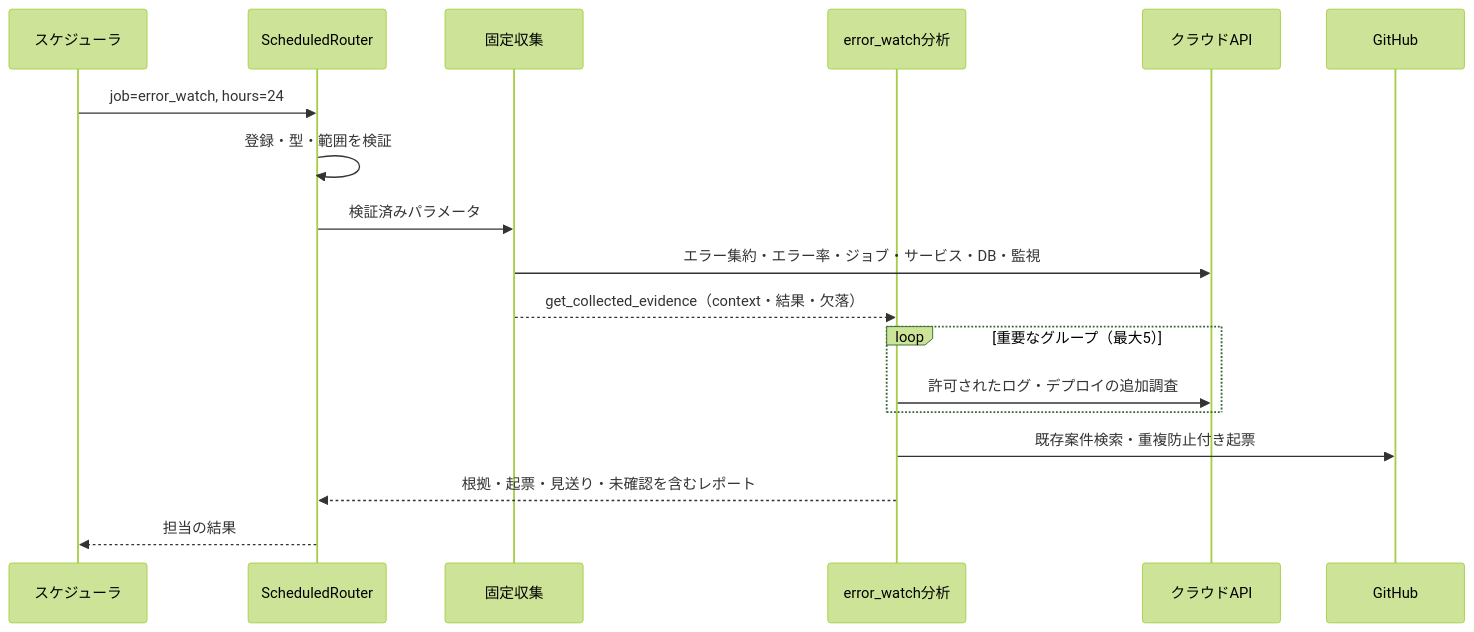
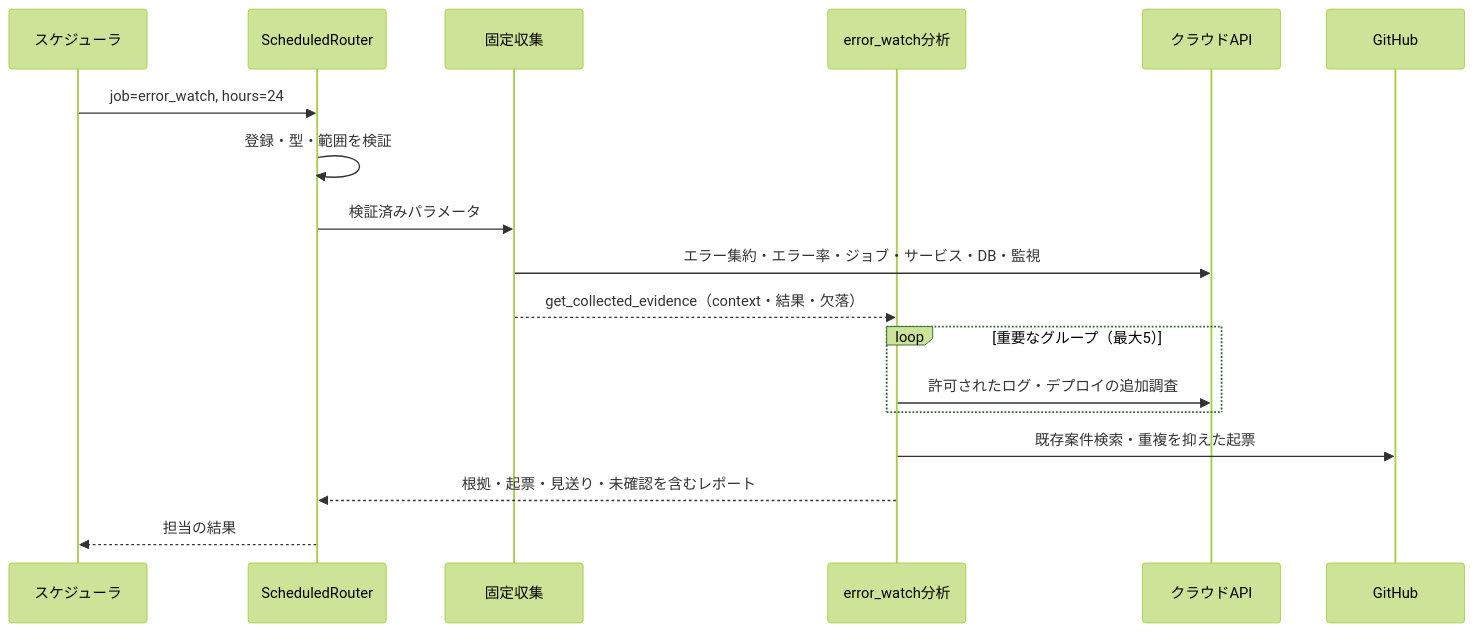
The third of 4 diagrams in docs/architecture.md (atsuki-sakai/cloud-ops-team), drawn with Mermaid (forest theme) before and after one commit. The commit also changed other lines of this file and 17 other files, not shown here.

````diff
--- a/docs/architecture.md
+++ b/docs/architecture.md
@@ -245,20 +251,20 @@
 ```mermaid
 sequenceDiagram
     participant S as スケジューラ
     participant R as ScheduledRouter
     participant W as 固定収集
     participant E as error_watch分析
     participant C as クラウドAPI
     participant G as GitHub
     S->>R: job=error_watch, hours=24
     R->>R: 登録・型・範囲を検証
     R->>W: 検証済みパラメータ
     W->>C: エラー集約・エラー率・ジョブ・サービス・DB・監視
     W-->>E: get_collected_evidence（context・結果・欠落）
     loop 重要なグループ（最大5）
         E->>C: 許可されたログ・デプロイの追加調査
     end
-    E->>G: 既存案件検索・重複防止付き起票
+    E->>G: 既存案件検索・重複を抑えた起票
     E-->>R: 根拠・起票・見送り・未確認を含むレポート
     R-->>S: 担当の結果
 ```
````
